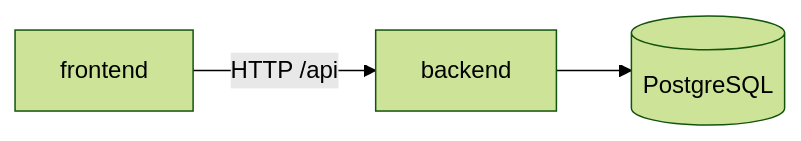
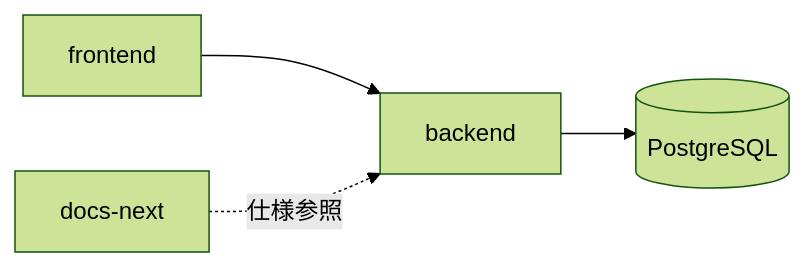
One commit to CHS-Training-Org/ai_training_for_chuo_system changed the diagram in Docs/spec/aidlc-docs/inception/reverse-engineering/dependencies.md. Above: the diagram before and after it, drawn with Mermaid (forest theme). The commit also changed other lines of this file and 25 other files, not shown here.

````diff
--- a/Docs/spec/aidlc-docs/inception/reverse-engineering/dependencies.md
+++ b/Docs/spec/aidlc-docs/inception/reverse-engineering/dependencies.md
@@ -5,5 +5,6 @@
 ```mermaid
 flowchart LR
-  frontend -->|HTTP /api| backend
-  backend --> postgres[(PostgreSQL)]
+  FE[frontend] --> BE[backend]
+  BE --> DB[(PostgreSQL)]
+  Docs[docs-next] -. 仕様参照 .-> BE
 ```
````
